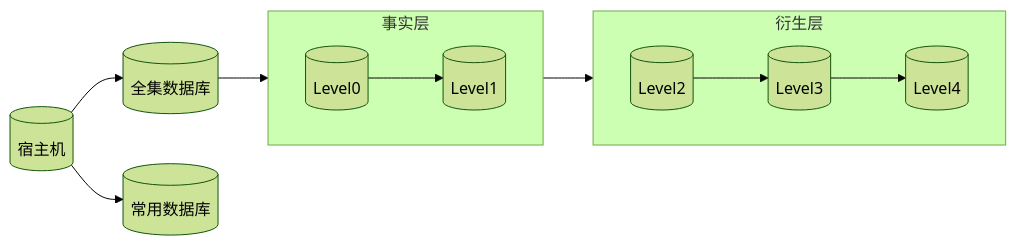
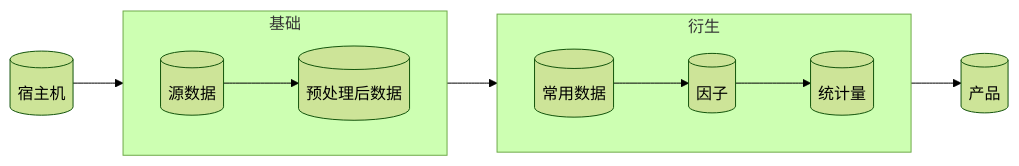
Before and after one commit to dacianpeng/ZenofFinancialDatabase: the diagram in README.md, drawn with Mermaid (forest theme). The commit also changed other lines of this file, not shown here.

````diff
--- a/README.md
+++ b/README.md
@@ -27,15 +29,13 @@
  ```mermaid
 flowchart LR
-A[(宿主机)]-->B1[(全集数据库)]
-subgraph 事实层
+subgraph 基础
 direction LR
-C0[(Level0)]-->C1[(Level1)]
+C0[(源数据)]-->C1[(预处理后数据)]
 end
-subgraph 衍生层
+subgraph 衍生
 direction LR
-C2[(Level2)]-->C3[(Level3)]
-C3[(Level3)]-->C4[(Level4)]
+C2[(常用数据)]-->C3[(因子)]
+C3[(因子)]-->C4[(统计量)]
 end
-A-->B2[(常用数据库)]
-B1-->事实层-->衍生层
+A[(宿主机)]-->基础-->衍生-->C5[(产品)]
  ```
````
